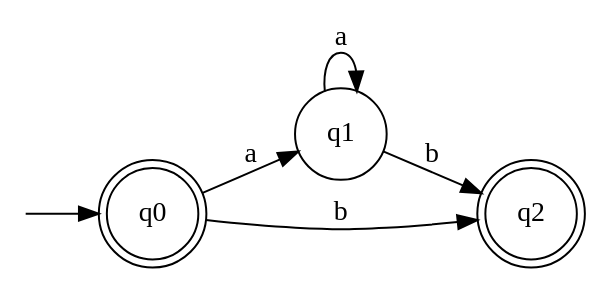
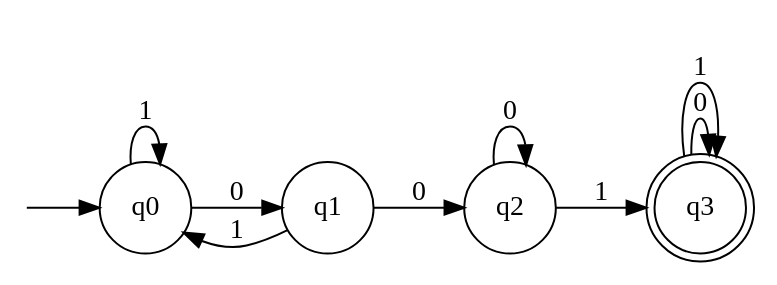
Before and after one commit to water-mizuu/finite_automata_conversion: the diagram in dfa_m.dot, drawn with Graphviz. The commit also changed 13 other files, not shown here.

```diff
--- a/dfa_m.dot
+++ b/dfa_m.dot
@@ -1,12 +1,17 @@
 digraph G {
   rankdir=LR;
   n__ [label="" shape=none width=.0];
-  0 [shape=circle label="q1"]
-  1 [shape=doublecircle label="q0"]
-  2 [shape=doublecircle label="q2"]
-  n__ -> 1;
-  1 -> 0 [label="a"];
-  1 -> 2 [label="b"];
-  0 -> 0 [label="a"];
-  0 -> 2 [label="b"];
+  0 [shape=circle label="q0"]
+  1 [shape=doublecircle label="q3"]
+  2 [shape=circle label="q2"]
+  3 [shape=circle label="q1"]
+  n__ -> 0;
+  0 -> 3 [label="0"];
+  0 -> 0 [label="1"];
+  3 -> 2 [label="0"];
+  3 -> 0 [label="1"];
+  2 -> 2 [label="0"];
+  2 -> 1 [label="1"];
+  1 -> 1 [label="0"];
+  1 -> 1 [label="1"];
 }
```
